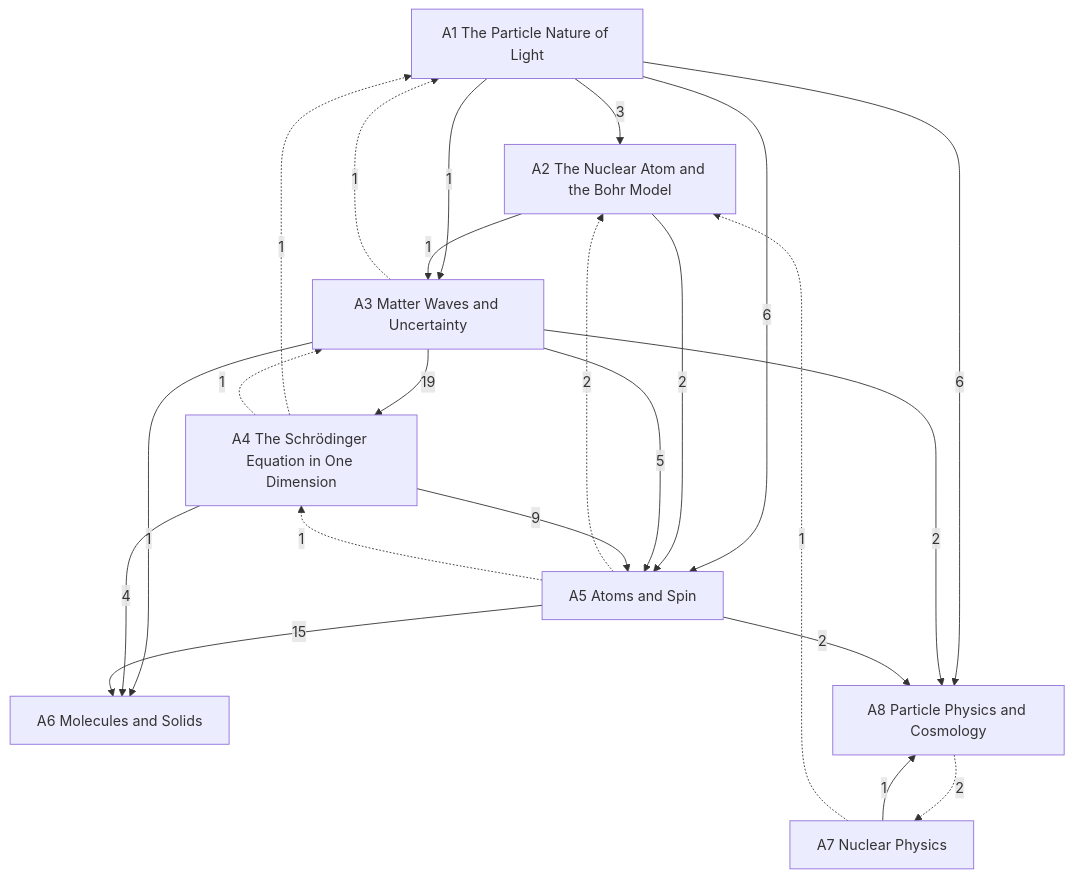
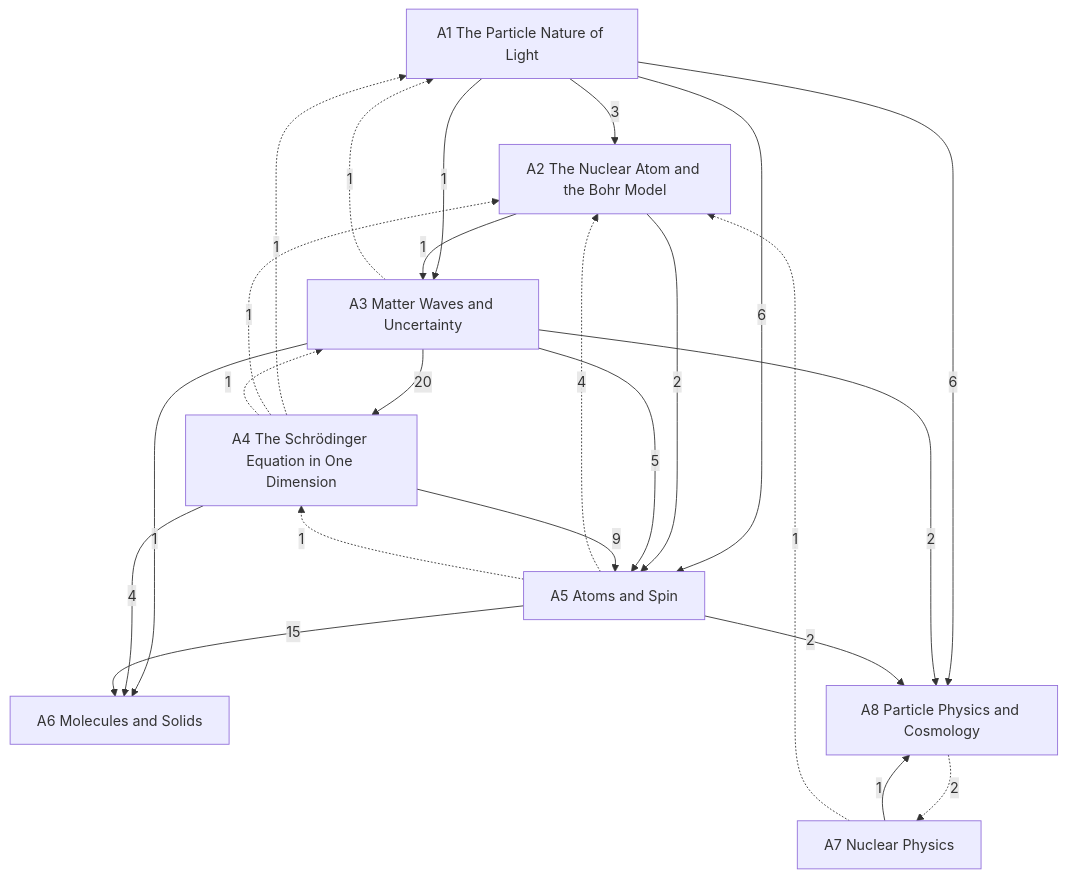
Before and after one commit to Onion20040508/notes: the diagram in Physics/Quantum Mechanics/Quantum Mechanics.md, drawn with Mermaid. The commit also changed 72 other files, not shown here.

````diff
--- a/Physics/Quantum Mechanics/Quantum Mechanics.md
+++ b/Physics/Quantum Mechanics/Quantum Mechanics.md
@@ -27,33 +27,34 @@
 ```mermaid
 graph TD
   A1["A1 The Particle Nature of Light"]
   A2["A2 The Nuclear Atom and the Bohr Model"]
   A3["A3 Matter Waves and Uncertainty"]
   A4["A4 The Schrödinger Equation in One Dimension"]
   A5["A5 Atoms and Spin"]
   A6["A6 Molecules and Solids"]
   A7["A7 Nuclear Physics"]
   A8["A8 Particle Physics and Cosmology"]
   A1 -->|3| A2
   A1 -->|1| A3
   A2 -->|1| A3
-  A3 -->|19| A4
+  A3 -->|20| A4
   A1 -->|6| A5
   A2 -->|2| A5
   A3 -->|5| A5
   A4 -->|9| A5
   A3 -->|1| A6
   A4 -->|4| A6
   A5 -->|15| A6
   A1 -->|6| A8
   A3 -->|2| A8
   A5 -->|2| A8
   A7 -->|1| A8
   A3 -.->|1| A1
   A4 -.->|1| A1
-  A5 -.->|2| A2
+  A4 -.->|1| A2
+  A5 -.->|4| A2
   A7 -.->|1| A2
   A4 -.->|1| A3
   A5 -.->|1| A4
   A8 -.->|2| A7
 ```
````
